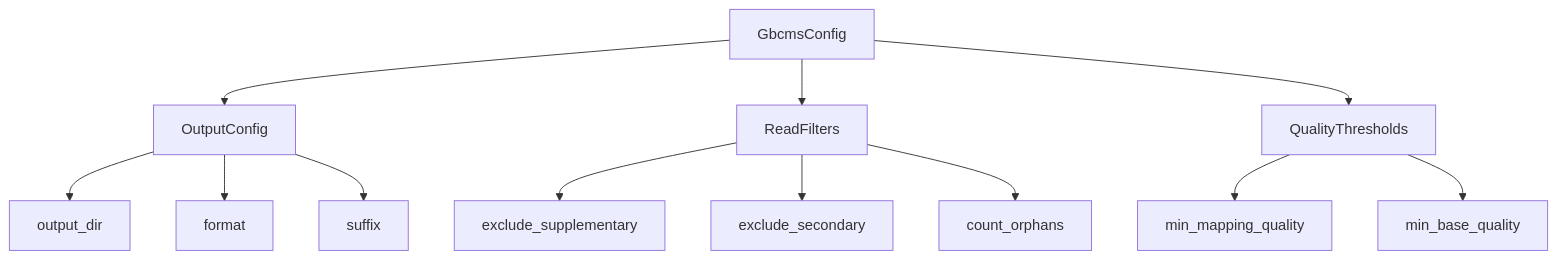
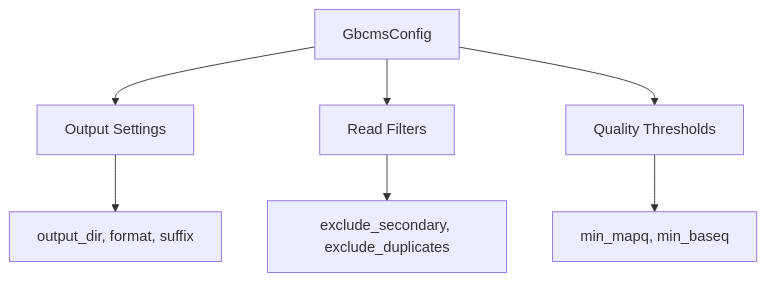
One commit to msk-access/py-gbcms changed the fourth of 4 diagrams in docs/ARCHITECTURE.md. Above: the diagram before and after it, drawn with Mermaid. The commit also changed other lines of this file and 7 other files, not shown here.

````diff
--- a/docs/ARCHITECTURE.md
+++ b/docs/ARCHITECTURE.md
@@ -142,17 +135,10 @@
 ```mermaid
 flowchart TB
-    GbcmsConfig --> OutputConfig
-    GbcmsConfig --> ReadFilters
-    GbcmsConfig --> QualityThresholds
+    GbcmsConfig --> OutputConfig[Output Settings]
+    GbcmsConfig --> ReadFilters[Read Filters]
+    GbcmsConfig --> QualityThresholds[Quality Thresholds]
     
-    OutputConfig --> output_dir
-    OutputConfig --> format
-    OutputConfig --> suffix
-    
-    ReadFilters --> exclude_supplementary
-    ReadFilters --> exclude_secondary
-    ReadFilters --> count_orphans
-    
-    QualityThresholds --> min_mapping_quality
-    QualityThresholds --> min_base_quality
+    OutputConfig --> D1[output_dir, format, suffix]
+    ReadFilters --> D2[exclude_secondary, exclude_duplicates]
+    QualityThresholds --> D3[min_mapq, min_baseq]
 ```
````
